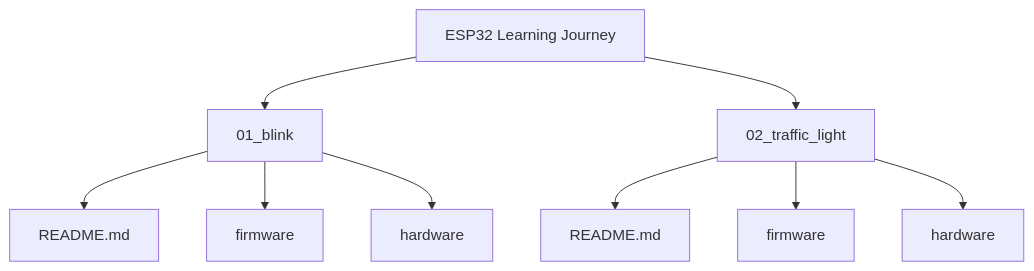
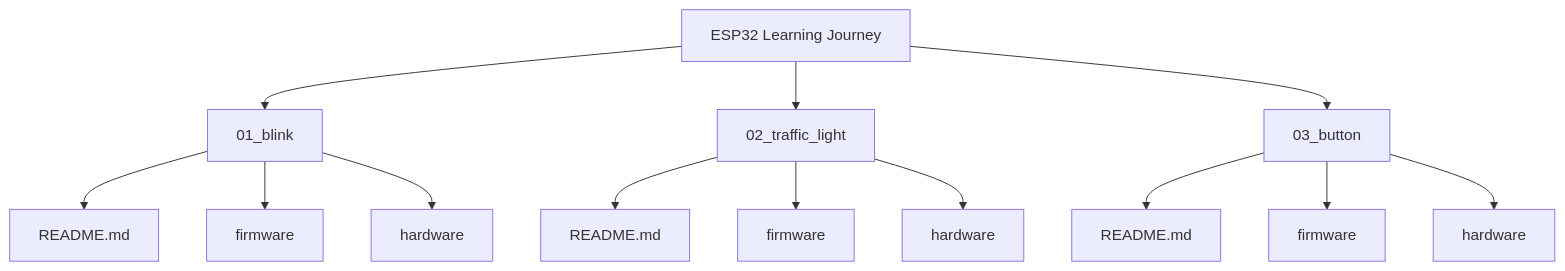
Before and after one commit to BDeuDev/esp32-practice-c: the diagram in README.md, drawn with Mermaid. The commit also changed other lines of this file and 19 other files, not shown here.

````diff
--- a/README.md
+++ b/README.md
@@ -25,15 +25,20 @@
 ```mermaid
 graph TD
     ROOT[ESP32 Learning Journey]
 
     ROOT --> BLINK[01_blink]
     ROOT --> TRAFFIC[02_traffic_light]
+    ROOT --> BUTTON[03_button]
 
     BLINK --> BLINK_README[README.md]
     BLINK --> BLINK_FW[firmware]
     BLINK --> BLINK_HW[hardware]
 
     TRAFFIC --> TRAFFIC_README[README.md]
     TRAFFIC --> TRAFFIC_FW[firmware]
     TRAFFIC --> TRAFFIC_HW[hardware]
+
+    BUTTON --> BUTTON_README[README.md]
+    BUTTON --> BUTTON_FW[firmware]
+    BUTTON --> BUTTON_HW[hardware]
 ```
````
